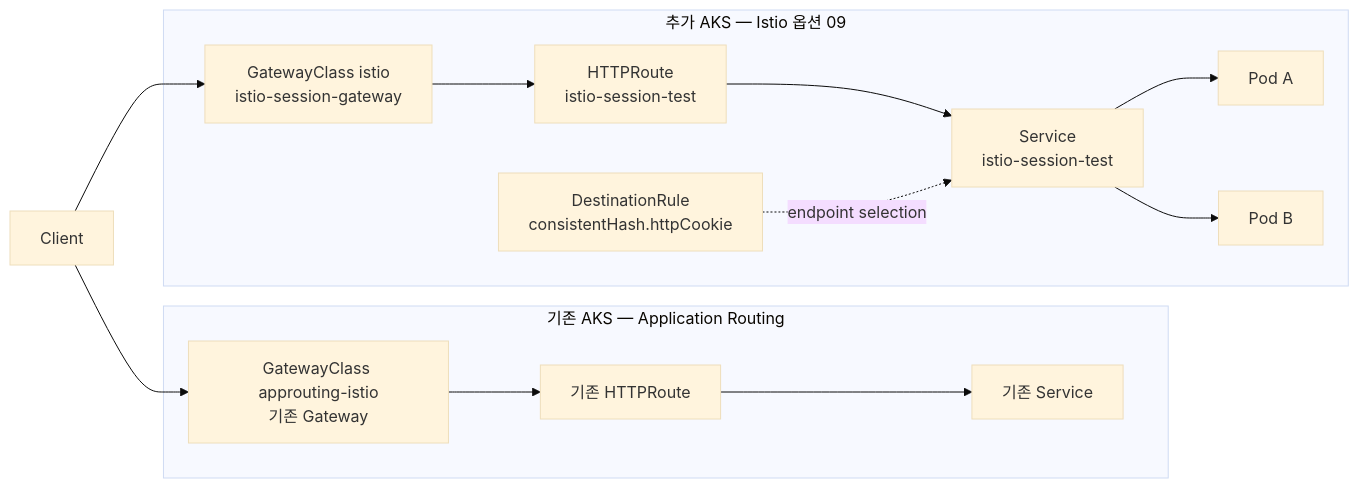
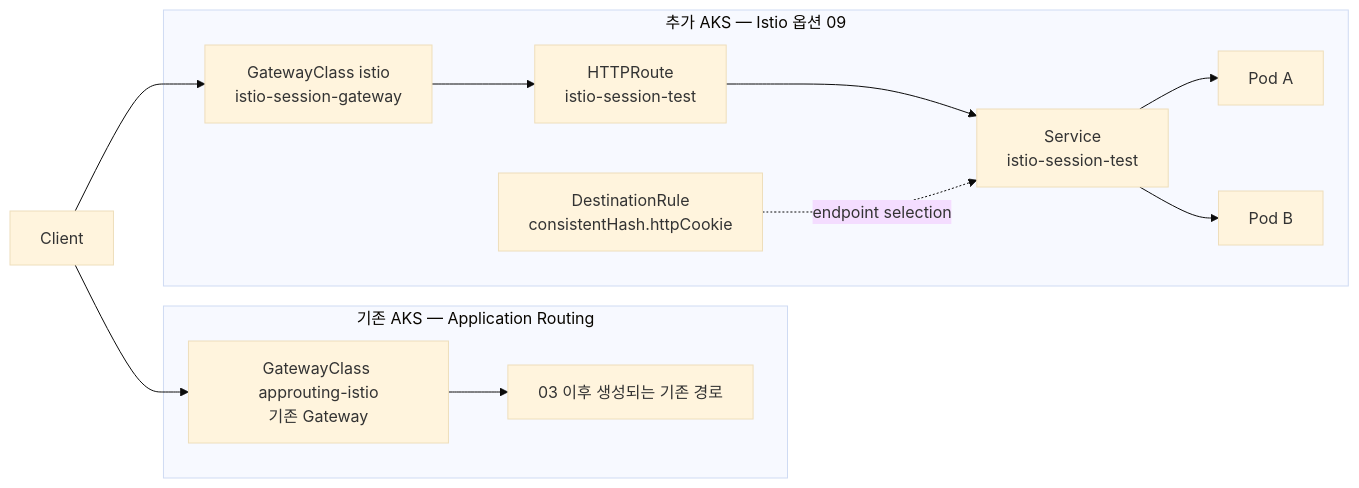
Before and after one commit to freeman9844/ms-aks-approuting-workshop01: the diagram in docs/09-istio-cookie-affinity.md, drawn with Mermaid (base theme). The commit also changed other lines of this file and 1 other file, not shown here.

````diff
--- a/docs/09-istio-cookie-affinity.md
+++ b/docs/09-istio-cookie-affinity.md
@@ -12,27 +12,26 @@
 ```mermaid
 flowchart LR
   client[Client]
 
   subgraph original["기존 AKS — Application Routing"]
     appGw["GatewayClass approuting-istio<br/>기존 Gateway"]
-    originalRoute[기존 HTTPRoute]
-    originalSvc[기존 Service]
-    appGw --> originalRoute --> originalSvc
+    originalPath["03 이후 생성되는 기존 경로"]
+    appGw --> originalPath
   end
 
   subgraph istioAks["추가 AKS — Istio 옵션 09"]
     istioGw["GatewayClass istio<br/>istio-session-gateway"]
     route["HTTPRoute<br/>istio-session-test"]
     svc["Service<br/>istio-session-test"]
     podA[Pod A]
     podB[Pod B]
     dr["DestinationRule<br/>consistentHash.httpCookie"]
     istioGw --> route --> svc
     svc --> podA
     svc --> podB
     dr -. endpoint selection .-> svc
   end
 
   client --> appGw
   client --> istioGw
 ```
````
